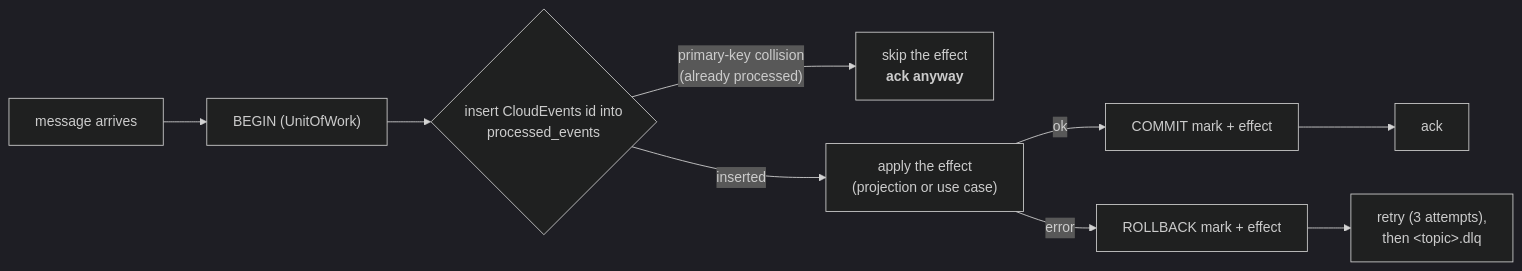
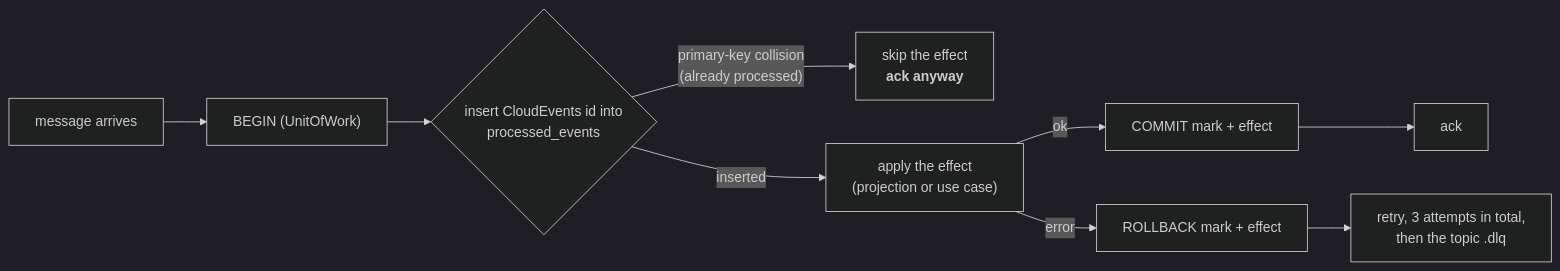
The diagram in docs/docs/ecosystem/integration-events.md (IQVO/wes-work-planning), drawn with Mermaid (dark theme) before and after one commit. The commit also changed other lines of this file and 38 other files, not shown here.

````diff
--- a/docs/docs/ecosystem/integration-events.md
+++ b/docs/docs/ecosystem/integration-events.md
@@ -247,9 +259,9 @@
 ```mermaid
 flowchart LR
     M["message arrives"] --> TX["BEGIN (UnitOfWork)"]
     TX --> P{"insert CloudEvents id into<br/>processed_events"}
     P -->|"primary-key collision<br/>(already processed)"| SKIP["skip the effect<br/><b>ack anyway</b>"]
     P -->|"inserted"| APPLY["apply the effect<br/>(projection or use case)"]
     APPLY -->|"ok"| COMMIT["COMMIT mark + effect"] --> ACK["ack"]
-    APPLY -->|"error"| RB["ROLLBACK mark + effect"] --> RETRY["retry (3 attempts),<br/>then &lt;topic&gt;.dlq"]
+    APPLY -->|"error"| RB["ROLLBACK mark + effect"] --> RETRY["retry, 3 attempts in total,<br/>then the topic .dlq"]
 ```
````
